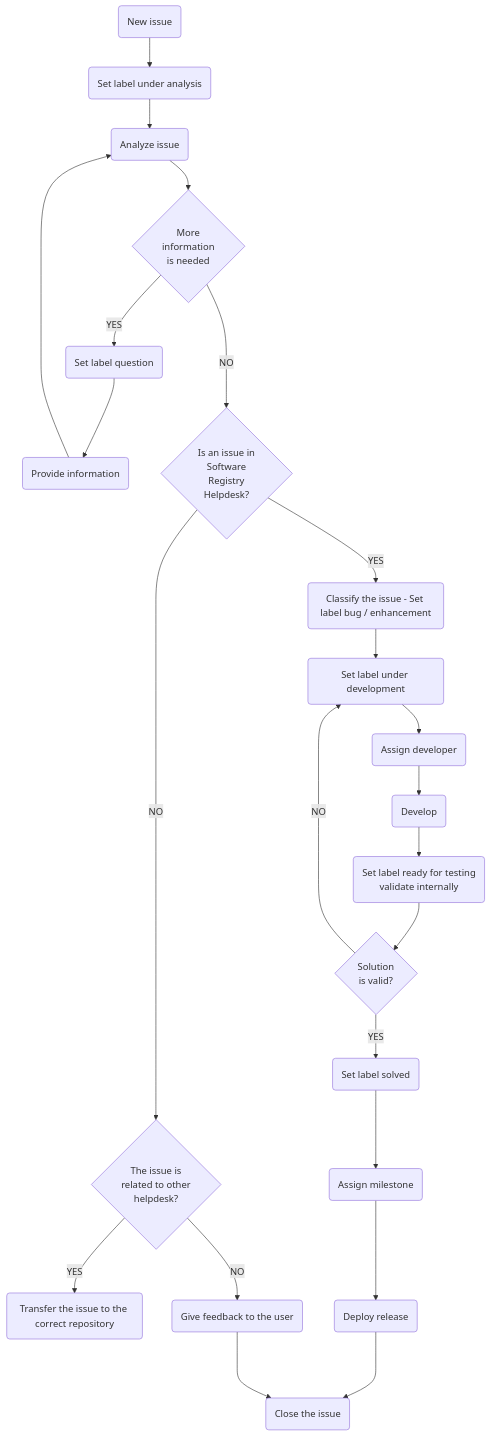
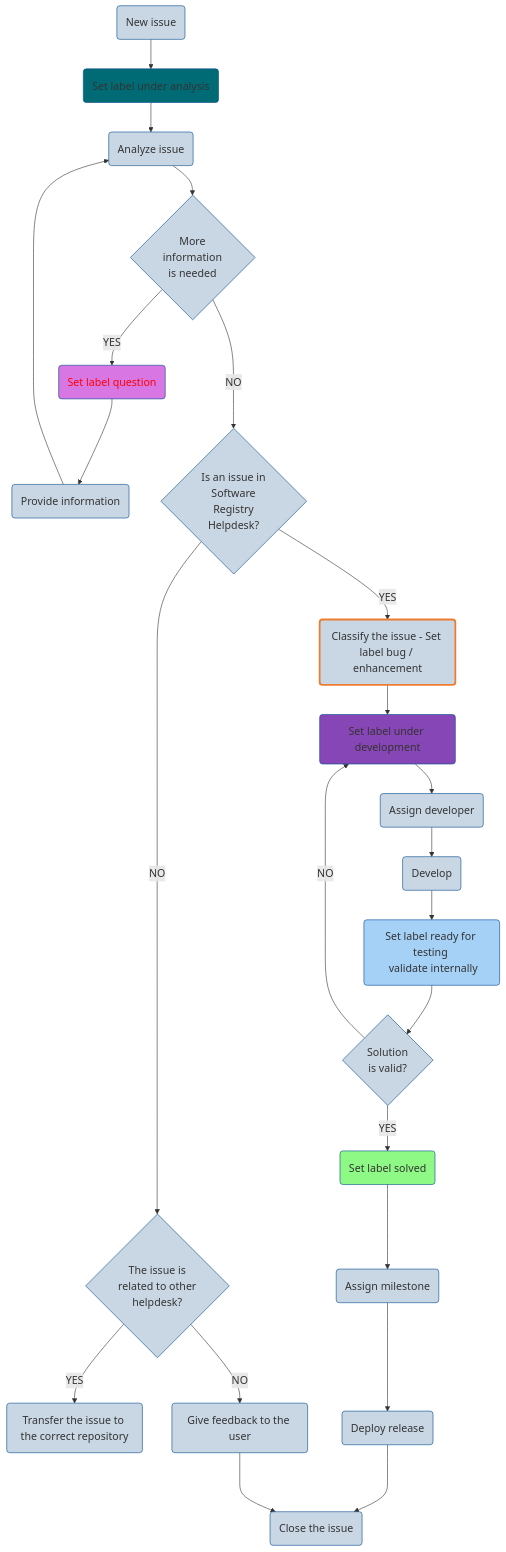
Before and after one commit to ec-jrc/re3gistry: the diagram in helpdesk-management/README.md, drawn with Mermaid.

````diff
--- a/helpdesk-management/README.md
+++ b/helpdesk-management/README.md
@@ -25,4 +25,6 @@
 ```mermaid
+%%{init: {"themeVariables": { "nodeBorder" : "#004990",    "mainBkg" : "#c9d7e4",    "nodeTextColor" : "#000000",    "fontFamily": "arial",    "fontSize": "18px" }}}%%
+
 flowchart TD
 
 %% NEW ISSUE [NODE]
@@ -30,6 +32,7 @@
 
 %% SET LABEL UNDER ANALYSIS [NODE]
 labelUnderAnalysis("Set label under analysis")
+style labelUnderAnalysis fill: #006b75
 
 %% ANALYZE ISSUE [NODE]
 analyzeIssue("Analyze issue")
@@ -39,6 +42,7 @@
 
 %% SET LABEL QUESTION [NODE]
 labelQuestion("Set label question")
+style labelQuestion fill: #d876e3, color:red;
 
 %% PROVIDE INFORMATION [NODE]
 provideInformation("Provide information")
@@ -57,9 +61,11 @@
 
 %% CLASSIFY THE ISSUE ... [NODE]
 classifyIssue("Classify the issue - Set label bug / enhancement")
+style classifyIssue stroke: #ed7d31, stroke-width:3px
 
 %% SET LABEL UNDER DEVELOPMENT [NODE]
 labelUnderDev("Set label under development")
+style labelUnderDev fill: #8746b5
 
 %% ASSIGN DEVELOPER [NODE]
 assignDev("Assign developer")
@@ -69,12 +75,14 @@
 
 %% SET LABEL READY FOR TESTING VALIDATE INTERNALLY [NODE]
 labelTesting("Set label ready for testing \n validate internally")
+style labelTesting fill: #a5d1f7
 
 %% SOLUTION IS VALID? [RHOMBUS]
 rhombusValidSol{"Solution \n is valid?"}
 
 %% SET LABEL SOLVED [NODE]
 labelSolved("Set label solved")
+style labelSolved fill: #8ef984
 
 %% ASSIGN MILESTONE [NODE]
 assignMilestone("Assign milestone")
````
